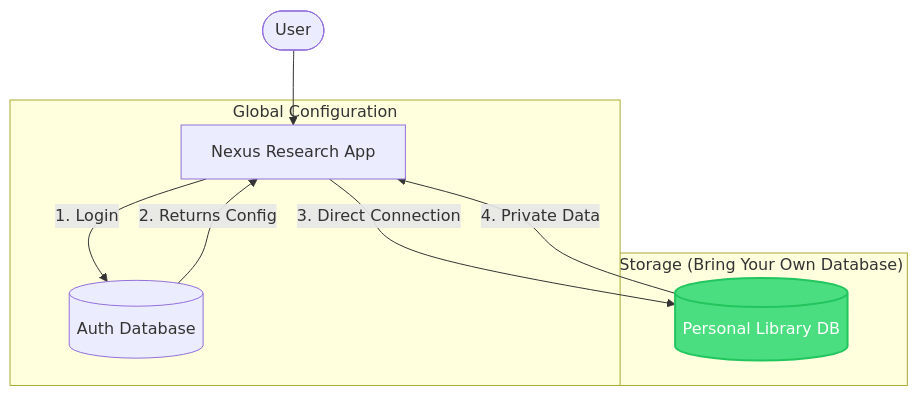
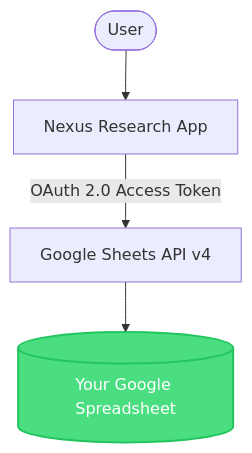
One commit to CoolandHot/Nexus-research-library-manager changed the diagram in README.md. Above: the diagram before and after it, drawn with Mermaid. The commit also changed other lines of this file and 20 other files, not shown here.

Commit message:
refactor: remove Supabase dependency and transition to Google Sheets for data management

````diff
--- a/README.md
+++ b/README.md
@@ -12,16 +10,8 @@
 ```mermaid
 graph TD
     User([User]) --> App[Nexus Research App]
+    App -- "OAuth 2.0 Access Token" --> GoogleAPI[Google Sheets API v4]
+    GoogleAPI --> Spreadsheet[(Your Google Spreadsheet)]
     
-    subgraph "Global Configuration"
-        App -- "1. Login" --> AuthDB[(Auth Database)]
-        AuthDB -- "2. Returns Config" --> App
-    end
-    
-    subgraph "Storage (Bring Your Own Database)"
-        App -- "3. Direct Connection" --> UserDB[(Personal Library DB)]
-        UserDB -- "4. Private Data" --> App
-    end
-    
-    style UserDB fill:#4ade80,stroke:#22c55e,stroke-width:2px,color:#fff
+    style Spreadsheet fill:#4ade80,stroke:#22c55e,stroke-width:2px,color:#fff
 ```
````
